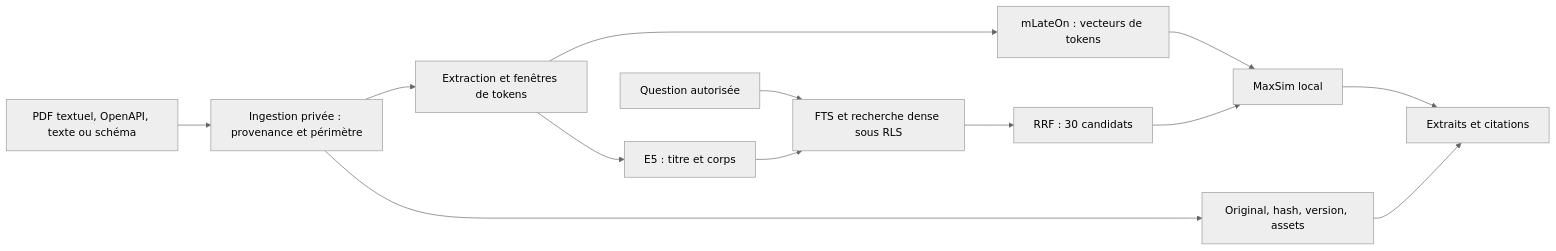
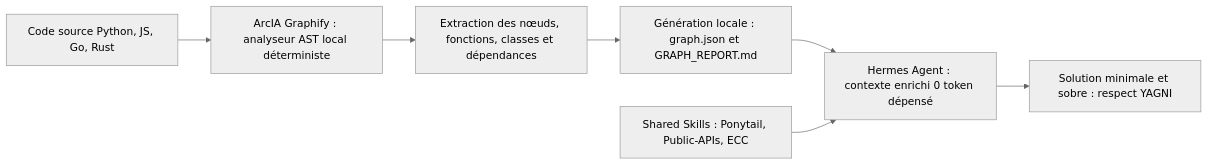
One commit to nicolastheuil/ArcIA changed the second of 5 diagrams in docs/schemas-plateforme-hermes.md. Above: the diagram before and after it, drawn with Mermaid (neutral theme). The commit also changed other lines of this file and 46 other files, not shown here.

````diff
--- a/docs/schemas-plateforme-hermes.md
+++ b/docs/schemas-plateforme-hermes.md
@@ -29,15 +30,9 @@
 ```mermaid
 flowchart LR
-  F[PDF textuel, OpenAPI, texte ou schéma] --> I[Ingestion privée : provenance et périmètre]
-  I --> A[Original, hash, version, assets]
-  I --> E[Extraction et fenêtres de tokens]
-  E --> V[E5 : titre et corps]
-  E --> L[mLateOn : vecteurs de tokens]
-  Q[Question autorisée] --> S[FTS et recherche dense sous RLS]
-  V --> S
-  S --> R[RRF : 30 candidats]
-  L --> X[MaxSim local]
-  R --> X
-  X --> REP[Extraits et citations]
-  A --> REP
+  SRC[Code source Python, JS, Go, Rust] --> G[ArcIA Graphify : analyseur AST local déterministe]
+  G --> AST[Extraction des nœuds, fonctions, classes et dépendances]
+  AST --> GR[Génération locale : graph.json et GRAPH_REPORT.md]
+  GR --> H[Hermes Agent : contexte enrichi 0 token dépensé]
+  SK[Shared Skills : Ponytail, Public-APIs, ECC] --> H
+  H --> SOL[Solution minimale et sobre : respect YAGNI]
 ```
````
